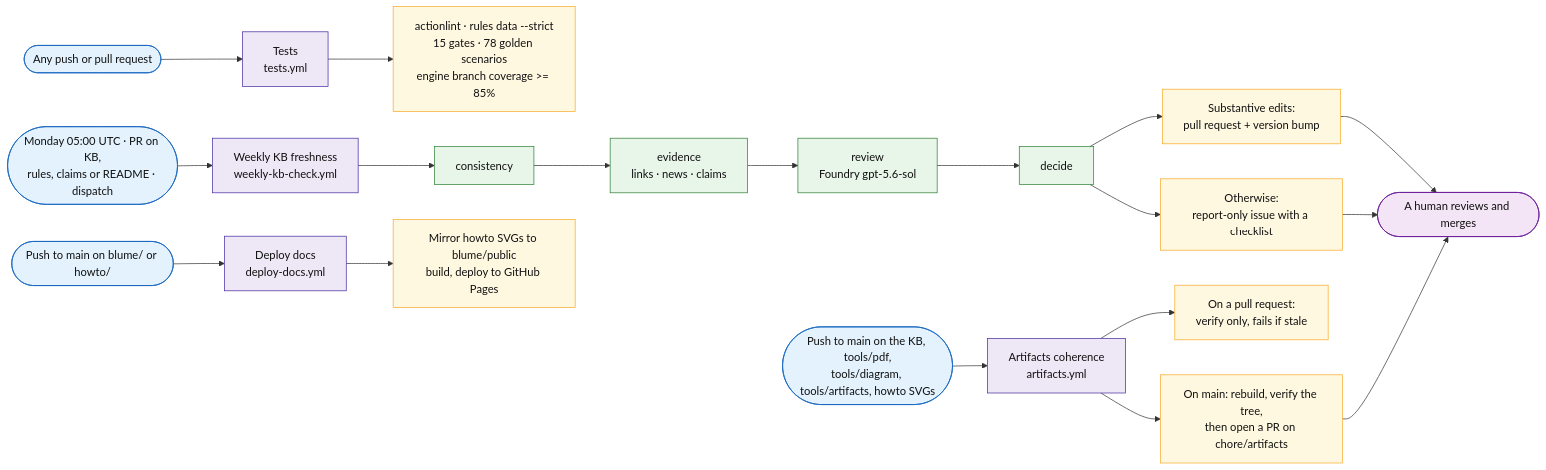
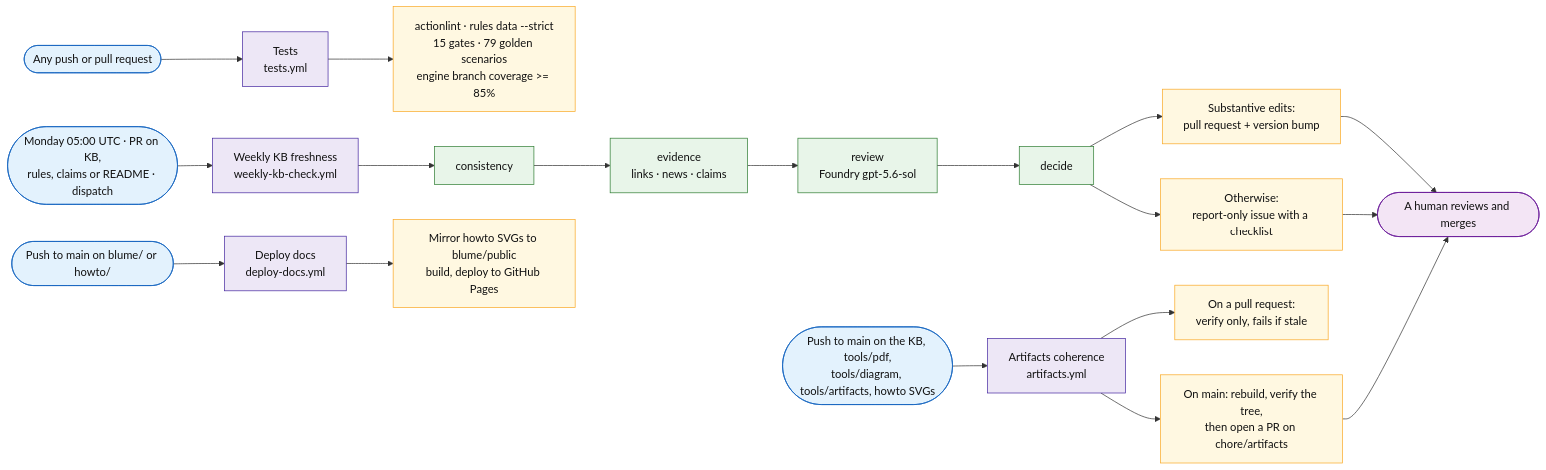
The sixth of 6 diagrams in docs/sql-migration-advisor-developer-pitch.md (fredgis/sql-migration-advisor), drawn with Mermaid before and after one commit. The commit also changed other lines of this file and 16 other files, not shown here.

````diff
--- a/docs/sql-migration-advisor-developer-pitch.md
+++ b/docs/sql-migration-advisor-developer-pitch.md
@@ -916,33 +916,33 @@
 ```mermaid
 flowchart LR
     G1([Any push or pull request]) --> W1[Tests<br/>tests.yml]
     G2([Monday 05:00 UTC · PR on KB,<br/>rules, claims or README · dispatch]) --> W2[Weekly KB freshness<br/>weekly-kb-check.yml]
     G3([Push to main on the KB, tools/pdf,<br/>tools/diagram, tools/artifacts, howto SVGs]) --> W3[Artifacts coherence<br/>artifacts.yml]
     G4([Push to main on blume/ or howto/]) --> W4[Deploy docs<br/>deploy-docs.yml]
 
-    W1 --> O1[actionlint · rules data --strict<br/>15 gates · 78 golden scenarios<br/>engine branch coverage >= 85%]
+    W1 --> O1[actionlint · rules data --strict<br/>15 gates · 79 golden scenarios<br/>engine branch coverage >= 85%]
 
     W2 --> C1[consistency] --> C2[evidence<br/>links · news · claims] --> C3[review<br/>Foundry gpt-5.6-sol] --> C4[decide]
     C4 --> O2a[Substantive edits:<br/>pull request + version bump]
     C4 --> O2b[Otherwise:<br/>report-only issue with a checklist]
 
     W3 --> O3a[On a pull request:<br/>verify only, fails if stale]
     W3 --> O3b[On main: rebuild, verify the tree,<br/>then open a PR on chore/artifacts]
 
     W4 --> O4[Mirror howto SVGs to blume/public<br/>build, deploy to GitHub Pages]
 
     O2a --> H([A human reviews and merges])
     O2b --> H
     O3b --> H
 
     classDef trig fill:#e3f2fd,stroke:#1565c0,color:#111
     classDef flow fill:#ede7f6,stroke:#4527a0,color:#111
     classDef step fill:#e8f5e9,stroke:#2e7d32,color:#111
     classDef out fill:#fff8e1,stroke:#f9a825,color:#111
     classDef human fill:#f3e5f5,stroke:#6a1b9a,color:#111
     class G1,G2,G3,G4 trig
     class W1,W2,W3,W4 flow
     class C1,C2,C3,C4 step
     class O1,O2a,O2b,O3a,O3b,O4 out
     class H human
 ```
````
